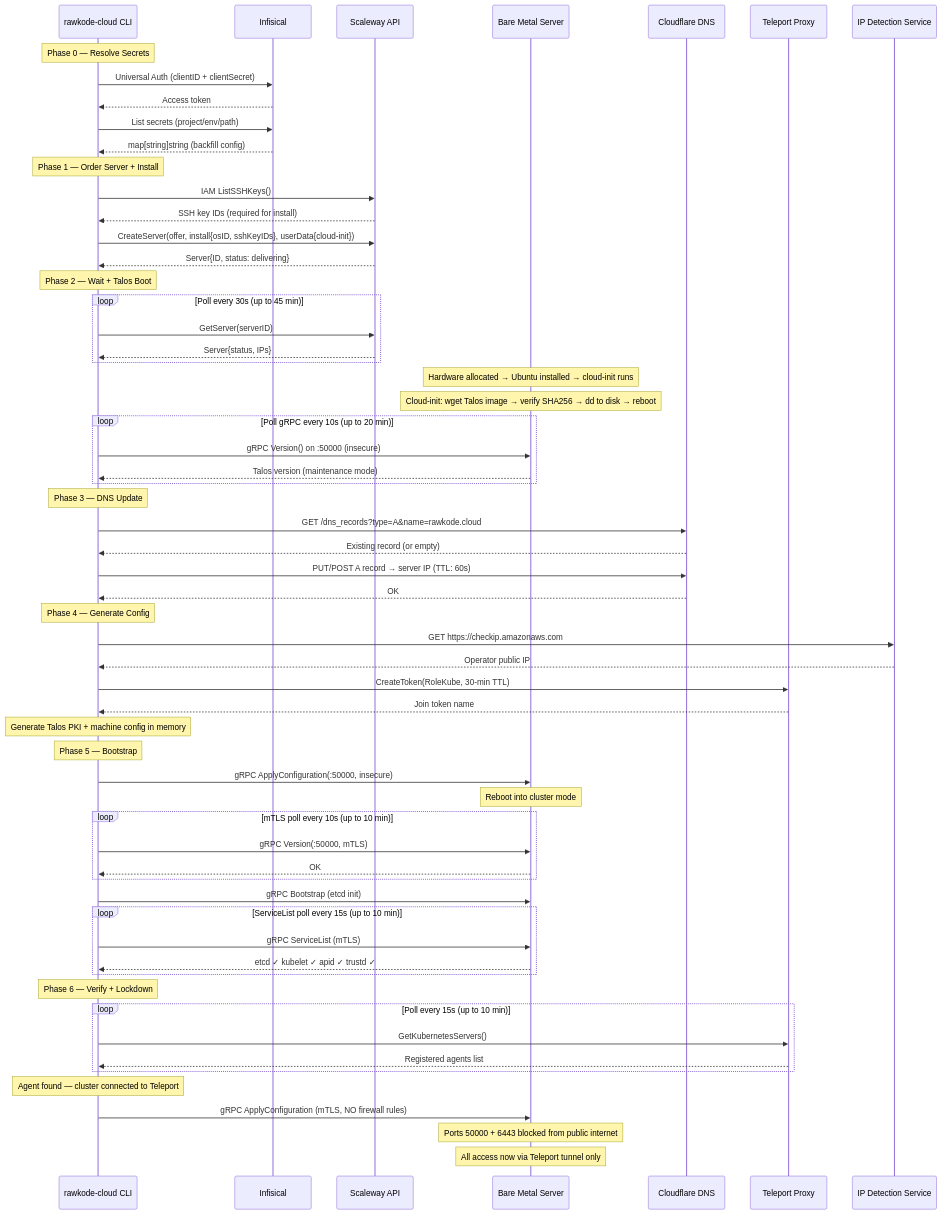
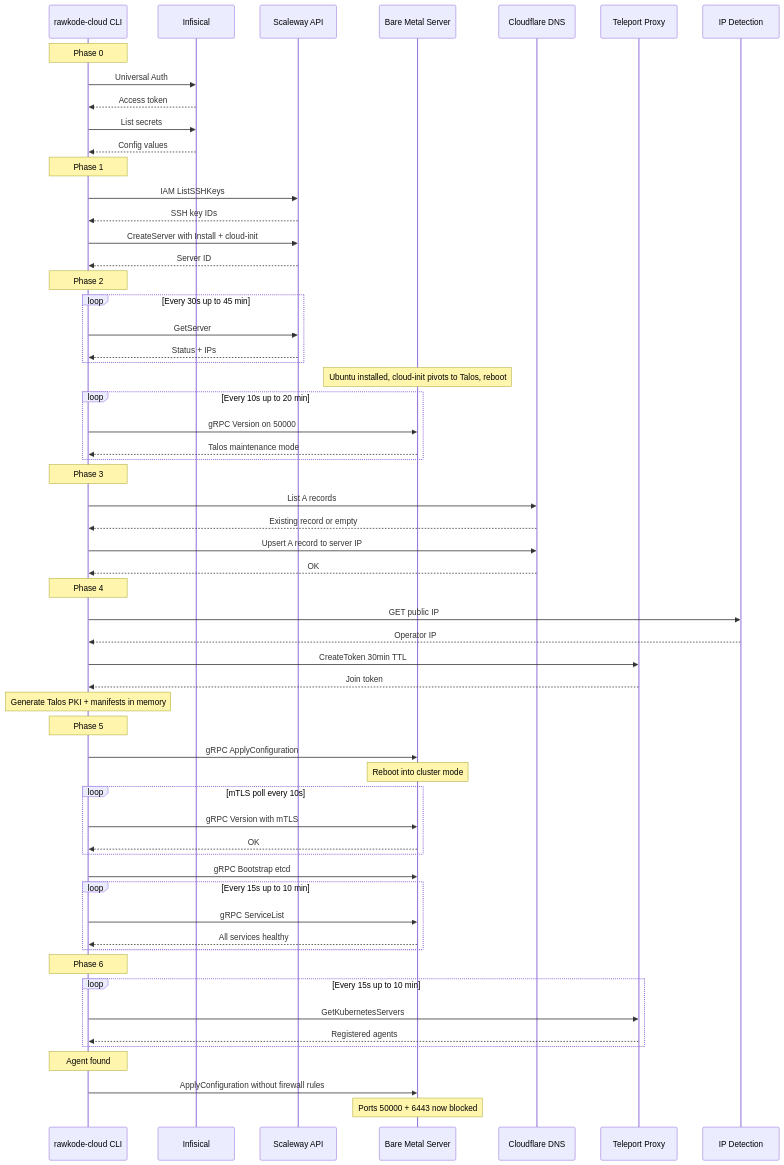
One commit to rawkode-academy/rawkode-academy changed the second of 3 diagrams in projects/rawkode.cloud/README.md. Above: the diagram before and after it, drawn with Mermaid. The commit also changed other lines of this file, not shown here.

First line of the commit message:
fix(rawkode.cloud): fix mermaid diagram syntax for GitHub rendering

````diff
--- a/projects/rawkode.cloud/README.md
+++ b/projects/rawkode.cloud/README.md
@@ -197,70 +171,68 @@
 ```mermaid
 sequenceDiagram
     participant CLI as rawkode-cloud CLI
     participant Inf as Infisical
     participant SCW as Scaleway API
     participant Server as Bare Metal Server
     participant CF as Cloudflare DNS
     participant TP as Teleport Proxy
-    participant IPS as IP Detection Service
+    participant IPS as IP Detection
 
-    Note over CLI: Phase 0 — Resolve Secrets
-    CLI->>Inf: Universal Auth (clientID + clientSecret)
+    Note over CLI: Phase 0
+    CLI->>Inf: Universal Auth
     Inf-->>CLI: Access token
-    CLI->>Inf: List secrets (project/env/path)
-    Inf-->>CLI: map[string]string (backfill config)
+    CLI->>Inf: List secrets
+    Inf-->>CLI: Config values
 
-    Note over CLI: Phase 1 — Order Server + Install
-    CLI->>SCW: IAM ListSSHKeys()
-    SCW-->>CLI: SSH key IDs (required for install)
-    CLI->>SCW: CreateServer(offer, install{osID, sshKeyIDs}, userData{cloud-init})
-    SCW-->>CLI: Server{ID, status: delivering}
+    Note over CLI: Phase 1
+    CLI->>SCW: IAM ListSSHKeys
+    SCW-->>CLI: SSH key IDs
+    CLI->>SCW: CreateServer with Install + cloud-init
+    SCW-->>CLI: Server ID
 
-    Note over CLI: Phase 2 — Wait + Talos Boot
-    loop Poll every 30s (up to 45 min)
-        CLI->>SCW: GetServer(serverID)
-        SCW-->>CLI: Server{status, IPs}
+    Note over CLI: Phase 2
+    loop Every 30s up to 45 min
+        CLI->>SCW: GetServer
+        SCW-->>CLI: Status + IPs
     end
-    Note over Server: Hardware allocated → Ubuntu installed → cloud-init runs
-    Note over Server: Cloud-init: wget Talos image → verify SHA256 → dd to disk → reboot
-    loop Poll gRPC every 10s (up to 20 min)
-        CLI->>Server: gRPC Version() on :50000 (insecure)
-        Server-->>CLI: Talos version (maintenance mode)
+    Note over Server: Ubuntu installed, cloud-init pivots to Talos, reboot
+    loop Every 10s up to 20 min
+        CLI->>Server: gRPC Version on 50000
+        Server-->>CLI: Talos maintenance mode
     end
 
-    Note over CLI: Phase 3 — DNS Update
-    CLI->>CF: GET /dns_records?type=A&name=rawkode.cloud
-    CF-->>CLI: Existing record (or empty)
-    CLI->>CF: PUT/POST A record → server IP (TTL: 60s)
+    Note over CLI: Phase 3
+    CLI->>CF: List A records
+    CF-->>CLI: Existing record or empty
+    CLI->>CF: Upsert A record to server IP
     CF-->>CLI: OK
 
-    Note over CLI: Phase 4 — Generate Config
-    CLI->>IPS: GET https://checkip.amazonaws.com
-    IPS-->>CLI: Operator public IP
-    CLI->>TP: CreateToken(RoleKube, 30-min TTL)
-    TP-->>CLI: Join token name
-    Note over CLI: Generate Talos PKI + machine config in memory
+    Note over CLI: Phase 4
+    CLI->>IPS: GET public IP
+    IPS-->>CLI: Operator IP
+    CLI->>TP: CreateToken 30min TTL
+    TP-->>CLI: Join token
+    Note over CLI: Generate Talos PKI + manifests in memory
 
-    Note over CLI: Phase 5 — Bootstrap
-    CLI->>Server: gRPC ApplyConfiguration(:50000, insecure)
+    Note over CLI: Phase 5
+    CLI->>Server: gRPC ApplyConfiguration
     Note over Server: Reboot into cluster mode
-    loop mTLS poll every 10s (up to 10 min)
-        CLI->>Server: gRPC Version(:50000, mTLS)
+    loop mTLS poll every 10s
+        CLI->>Server: gRPC Version with mTLS
         Server-->>CLI: OK
     end
-    CLI->>Server: gRPC Bootstrap (etcd init)
-    loop ServiceList poll every 15s (up to 10 min)
-        CLI->>Server: gRPC ServiceList (mTLS)
-        Server-->>CLI: etcd ✓ kubelet ✓ apid ✓ trustd ✓
+    CLI->>Server: gRPC Bootstrap etcd
+    loop Every 15s up to 10 min
+        CLI->>Server: gRPC ServiceList
+        Server-->>CLI: All services healthy
     end
 
-    Note over CLI: Phase 6 — Verify + Lockdown
-    loop Poll every 15s (up to 10 min)
-        CLI->>TP: GetKubernetesServers()
-        TP-->>CLI: Registered agents list
+    Note over CLI: Phase 6
+    loop Every 15s up to 10 min
+        CLI->>TP: GetKubernetesServers
+        TP-->>CLI: Registered agents
     end
-    Note over CLI: Agent found — cluster connected to Teleport
-    CLI->>Server: gRPC ApplyConfiguration (mTLS, NO firewall rules)
-    Note over Server: Ports 50000 + 6443 blocked from public internet
-    Note over Server: All access now via Teleport tunnel only
+    Note over CLI: Agent found
+    CLI->>Server: ApplyConfiguration without firewall rules
+    Note over Server: Ports 50000 + 6443 now blocked
 ```
````
